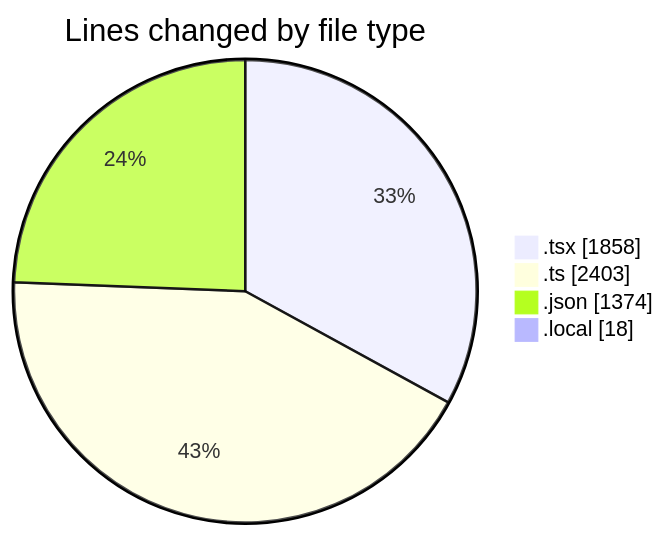
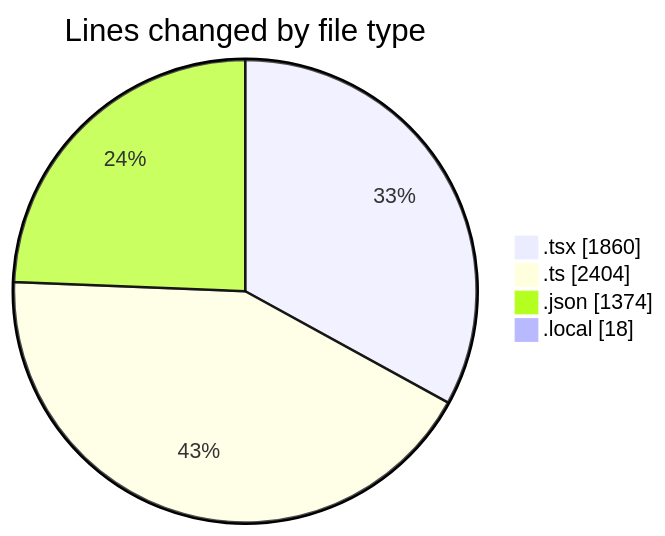
One commit to julien-gomy/code-tracking changed the first of 2 diagrams in 2025-10-16/eventscop-frontend-guide__workspace_/README.md. Above: the diagram before and after it, drawn with Mermaid. The commit also changed other lines of this file and 1 other file, not shown here.

````diff
--- a/2025-10-16/eventscop-frontend-guide__workspace_/README.md
+++ b/2025-10-16/eventscop-frontend-guide__workspace_/README.md
@@ -52,8 +53,8 @@
 ```mermaid
 pie showData
 title Lines changed by file type
-".tsx" : 1858
-".ts" : 2403
+".tsx" : 1860
+".ts" : 2404
 ".json" : 1374
 ".local" : 18
 ```
````
